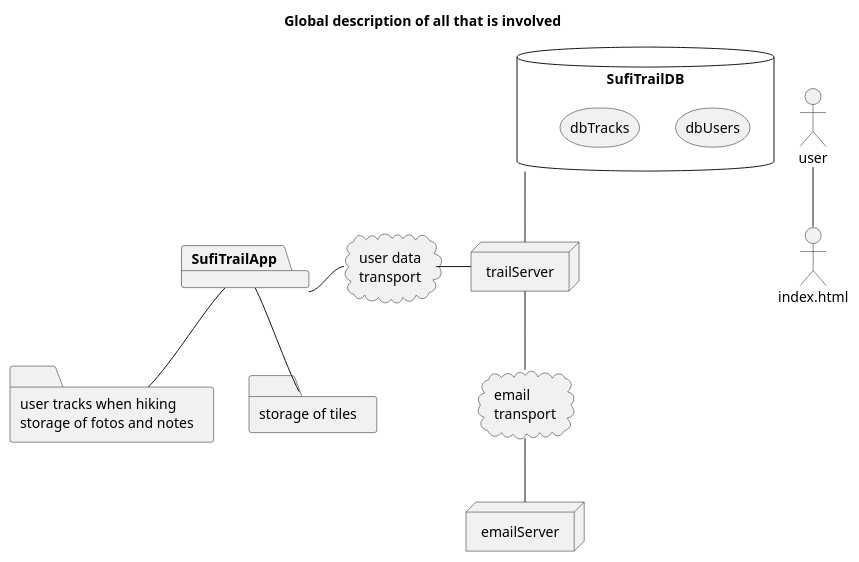
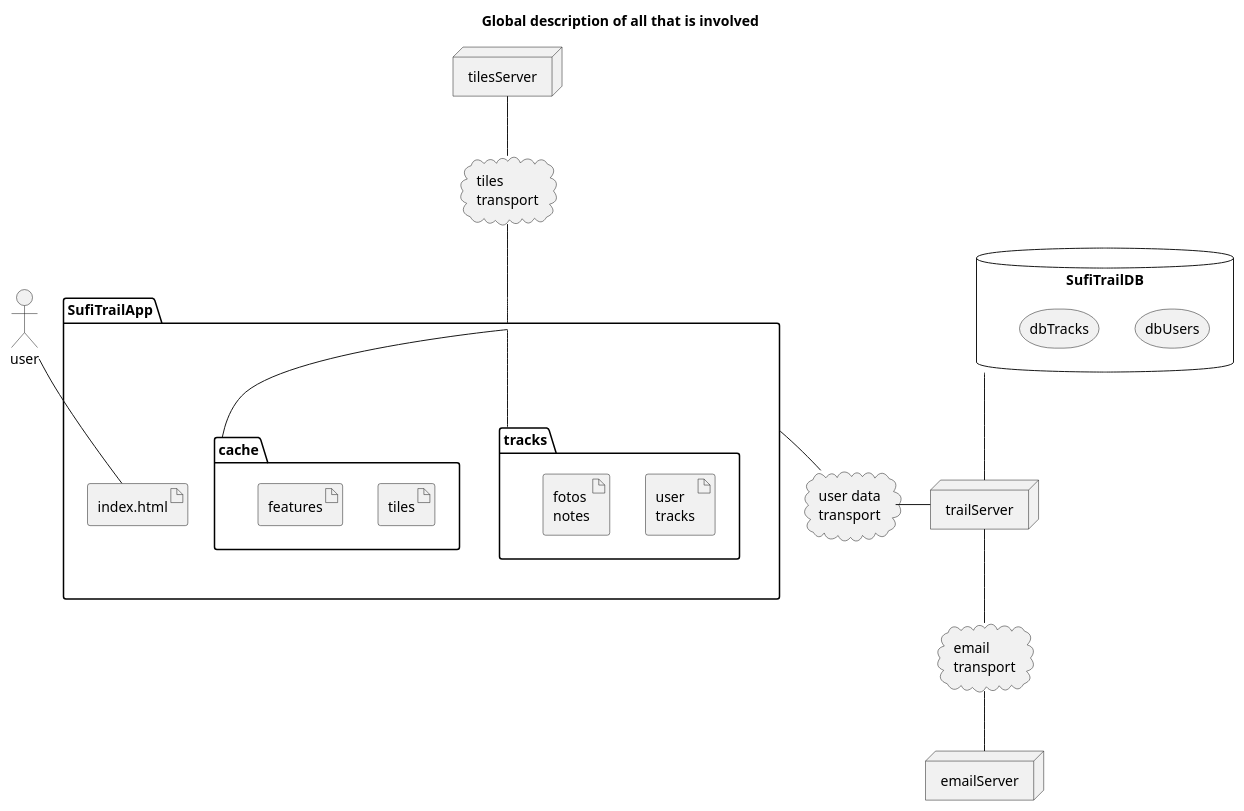
One commit to MARTIMM/Sufitrail changed the first of 17 diagrams in Doc/Designer notes.md. Above: the diagram before and after it, drawn with PlantUML. The commit also changed other lines of this file, not shown here.

Commit message:
design notes

````diff
--- a/Doc/Designer notes.md
+++ b/Doc/Designer notes.md
@@ -18,32 +18,44 @@
 ```plantuml
 title Global description of all that is involved
+
+'skinparam rectangle {
+'	roundCorner<<Concept>> 25
+'}
+
 actor user
 cloud "user data\ntransport" as network1
 cloud "email\ntransport" as network2
+cloud "tiles\ntransport" as network3
 node trailServer
+node tilesServer
 node emailServer
-package SufiTrailApp
+package SufiTrailApp {
+  artifact index.html
 
-folder tracks [
-  user tracks when hiking
-  storage of fotos and notes
-]
+  folder tracks {
+    artifact "user\ntracks"
+    artifact "fotos\nnotes"
+  }
 
-folder cache [
-  storage of tiles
-]
+  folder cache {
+    artifact tiles
+    artifact features
+  }
+}
 
 database SufiTrailDB {
   storage dbUsers
   storage dbTracks
 }
 
 user -- index.html
-SufiTrailApp - network1
+SufiTrailApp -- network1
 SufiTrailApp -- tracks
 SufiTrailApp -- cache
 SufiTrailDB -- trailServer
+tilesServer -- network3
+network3 -- SufiTrailApp
 network1 - trailServer
 trailServer -- network2
 network2 -- emailServer
 ```
````
